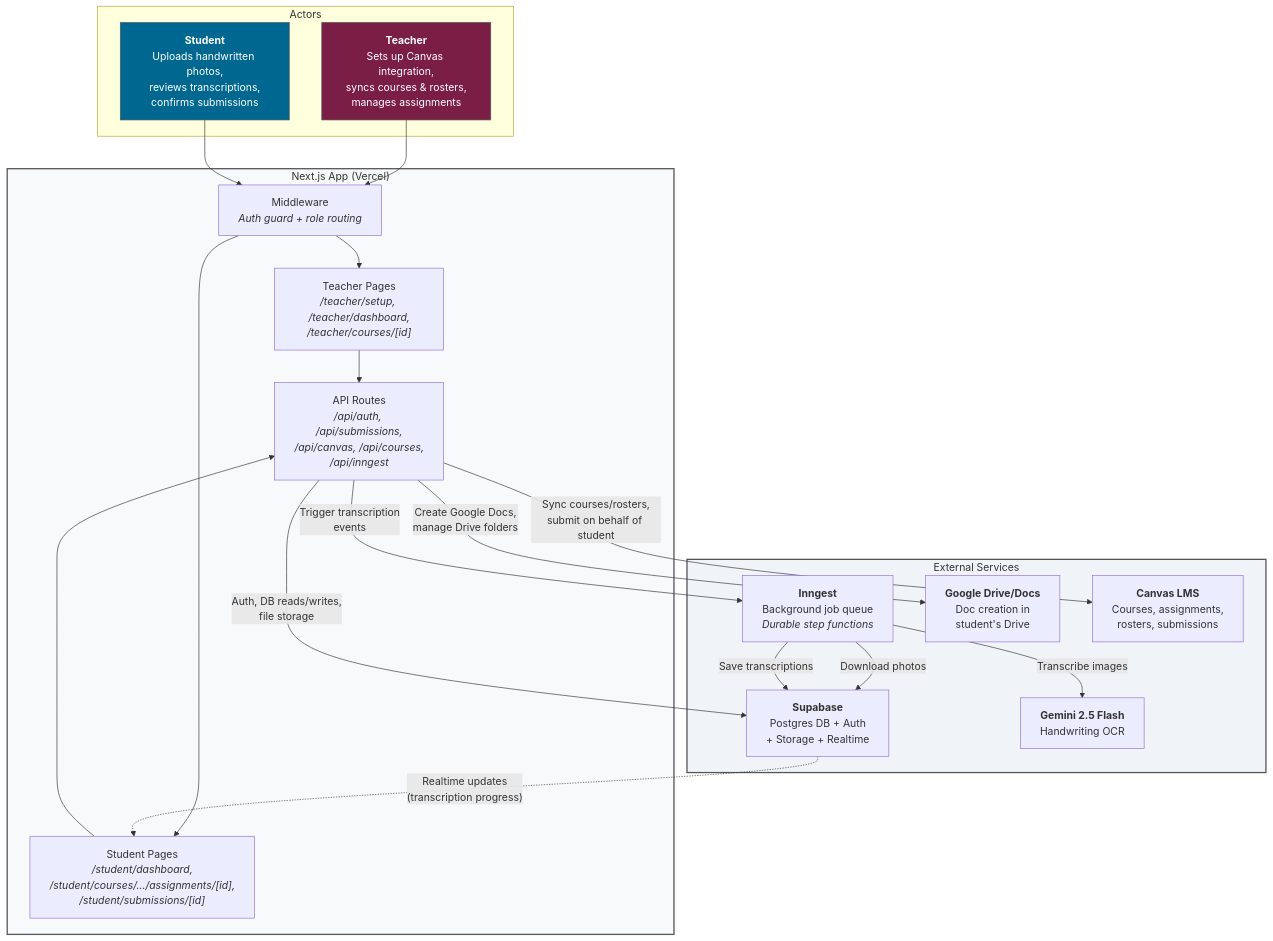
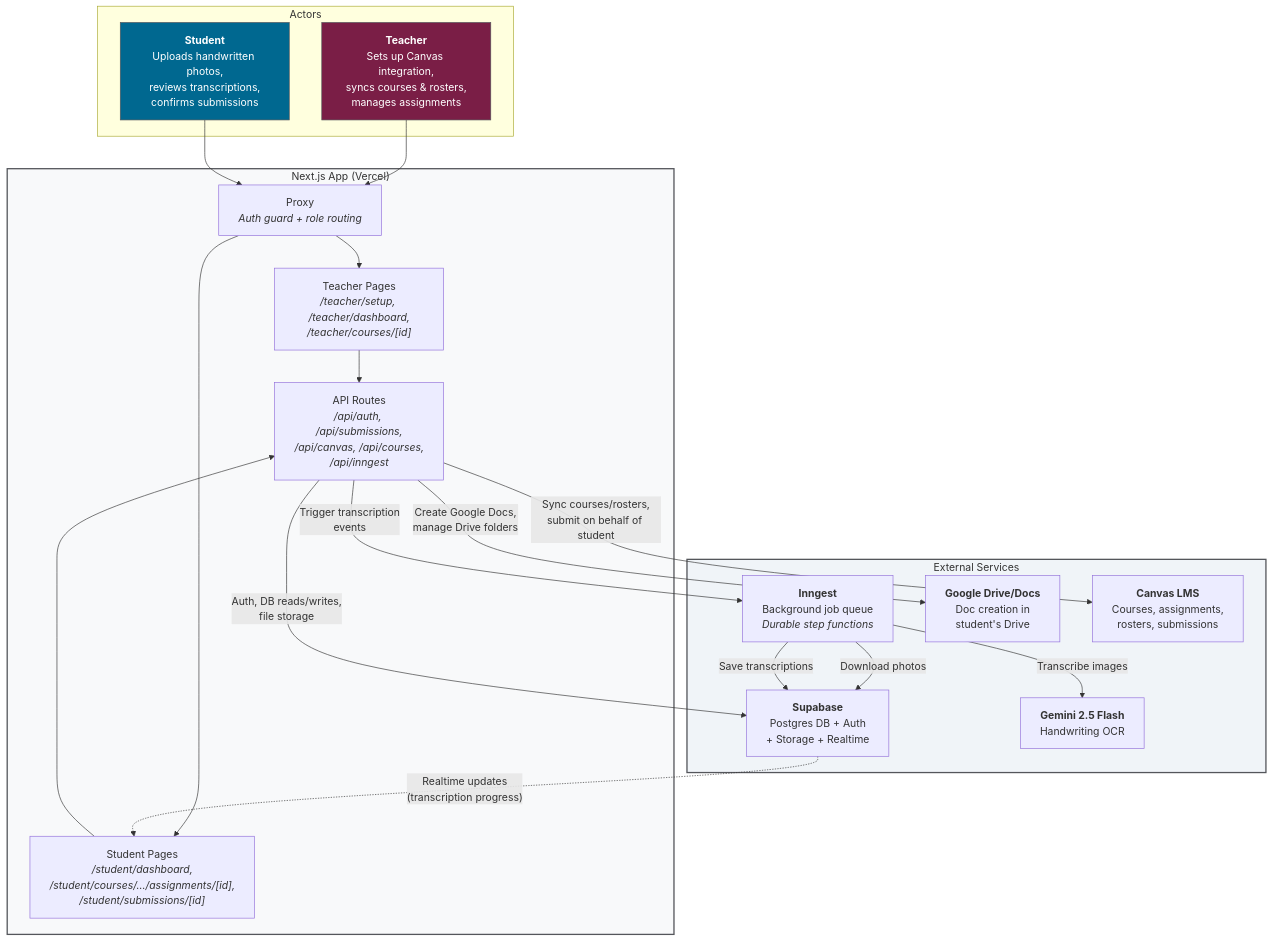
One commit to hughsibbele/handwritten-assignment-helper-v2-SGS changed the first of 6 diagrams in ARCHITECTURE.md. Above: the diagram before and after it, drawn with Mermaid. The commit also changed other lines of this file and 21 other files, not shown here.

First line of the commit message:
feat: class code join flow, RLS cleanup, middleware→proxy migration

````diff
--- a/ARCHITECTURE.md
+++ b/ARCHITECTURE.md
@@ -5,43 +5,43 @@
 ```mermaid
 graph TB
     subgraph Actors
         T["<b>Teacher</b><br/>Sets up Canvas integration,<br/>syncs courses & rosters,<br/>manages assignments"]
         S["<b>Student</b><br/>Uploads handwritten photos,<br/>reviews transcriptions,<br/>confirms submissions"]
     end
 
     subgraph App ["Next.js App (Vercel)"]
-        MW["Middleware<br/><i>Auth guard + role routing</i>"]
+        MW["Proxy<br/><i>Auth guard + role routing</i>"]
         TP["Teacher Pages<br/><i>/teacher/setup, /teacher/dashboard,<br/>/teacher/courses/[id]</i>"]
         SP["Student Pages<br/><i>/student/dashboard,<br/>/student/courses/.../assignments/[id],<br/>/student/submissions/[id]</i>"]
         API["API Routes<br/><i>/api/auth, /api/submissions,<br/>/api/canvas, /api/courses,<br/>/api/inngest</i>"]
     end
 
     subgraph Services ["External Services"]
         SB["<b>Supabase</b><br/>Postgres DB + Auth<br/>+ Storage + Realtime"]
         IG["<b>Inngest</b><br/>Background job queue<br/><i>Durable step functions</i>"]
         GM["<b>Gemini 2.5 Flash</b><br/>Handwriting OCR"]
         GD["<b>Google Drive/Docs</b><br/>Doc creation in<br/>student's Drive"]
         CV["<b>Canvas LMS</b><br/>Courses, assignments,<br/>rosters, submissions"]
     end
 
     T --> MW
     S --> MW
     MW --> TP
     MW --> SP
     TP --> API
     SP --> API
 
     API -- "Auth, DB reads/writes,<br/>file storage" --> SB
     API -- "Trigger transcription<br/>events" --> IG
     API -- "Create Google Docs,<br/>manage Drive folders" --> GD
     API -- "Sync courses/rosters,<br/>submit on behalf of student" --> CV
     IG -- "Download photos" --> SB
     IG -- "Transcribe images" --> GM
     IG -- "Save transcriptions" --> SB
     SB -. "Realtime updates<br/>(transcription progress)" .-> SP
 
     style T fill:#7a1e46,color:#fff,stroke:#54565b
     style S fill:#006890,color:#fff,stroke:#54565b
     style App fill:#f8f9fa,stroke:#54565b,stroke-width:2px
     style Services fill:#f0f4f8,stroke:#54565b,stroke-width:2px
 ```
````
